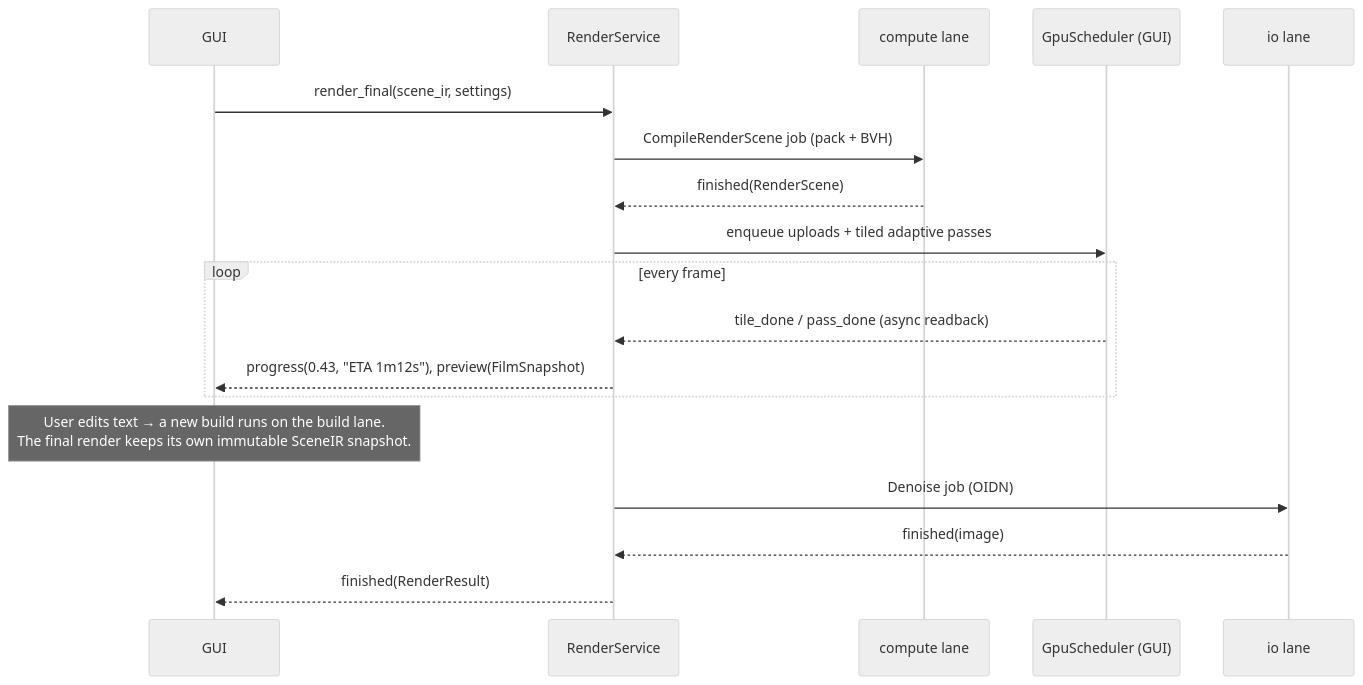
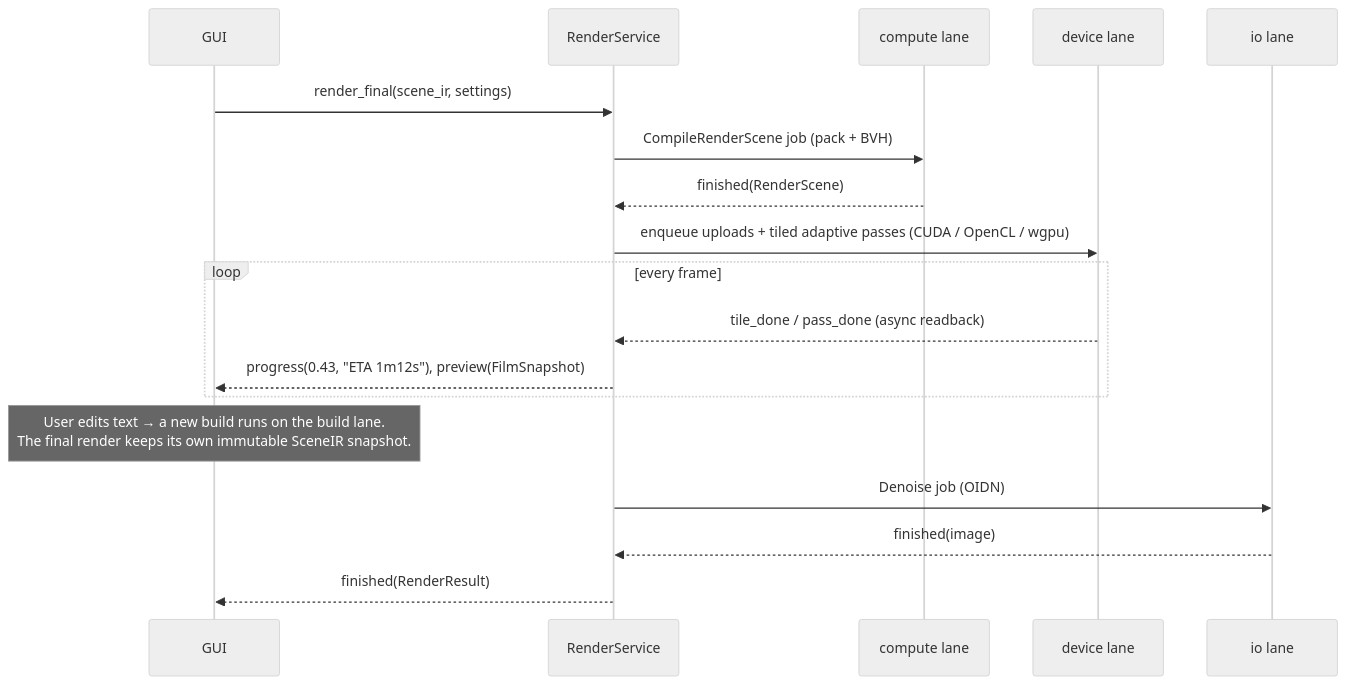
One commit to who8mypnuts/Structura changed the diagram in docs/04-concurrency-model.md. Above: the diagram before and after it, drawn with Mermaid (neutral theme). The commit also changed other lines of this file and 615 other files, not shown here.

````diff
--- a/docs/04-concurrency-model.md
+++ b/docs/04-concurrency-model.md
@@ -160,20 +162,20 @@
 ```mermaid
 sequenceDiagram
   participant GUI
   participant RS as RenderService
   participant CL as compute lane
-  participant GS as GpuScheduler (GUI)
+  participant GS as device lane
   participant IO as io lane
   GUI->>RS: render_final(scene_ir, settings)
   RS->>CL: CompileRenderScene job (pack + BVH)
   CL-->>RS: finished(RenderScene)
-  RS->>GS: enqueue uploads + tiled adaptive passes
+  RS->>GS: enqueue uploads + tiled adaptive passes (CUDA / OpenCL / wgpu)
   loop every frame
     GS-->>RS: tile_done / pass_done (async readback)
     RS-->>GUI: progress(0.43, "ETA 1m12s"), preview(FilmSnapshot)
   end
   Note over GUI: User edits text → a new build runs on the build lane.<br/>The final render keeps its own immutable SceneIR snapshot.
   RS->>IO: Denoise job (OIDN)
   IO-->>RS: finished(image)
   RS-->>GUI: finished(RenderResult)
 ```
````
